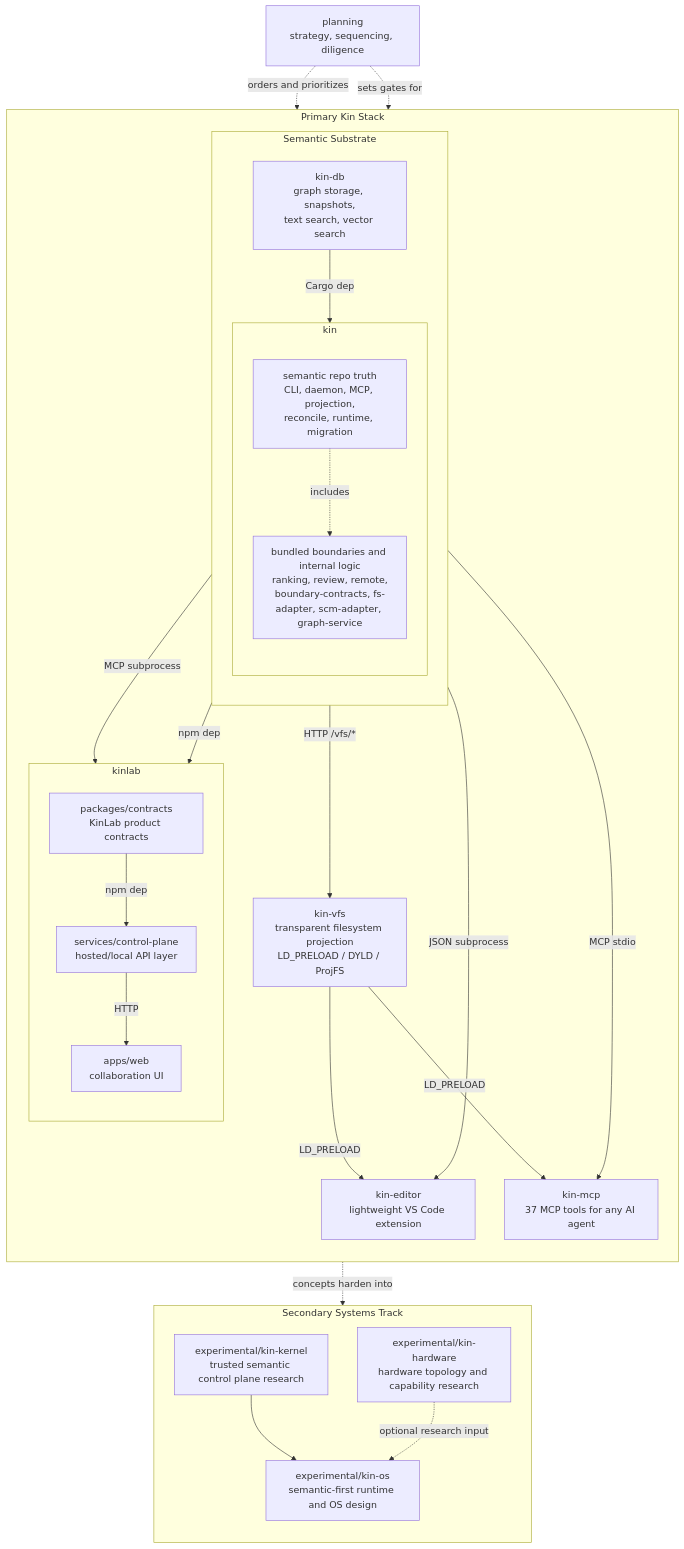
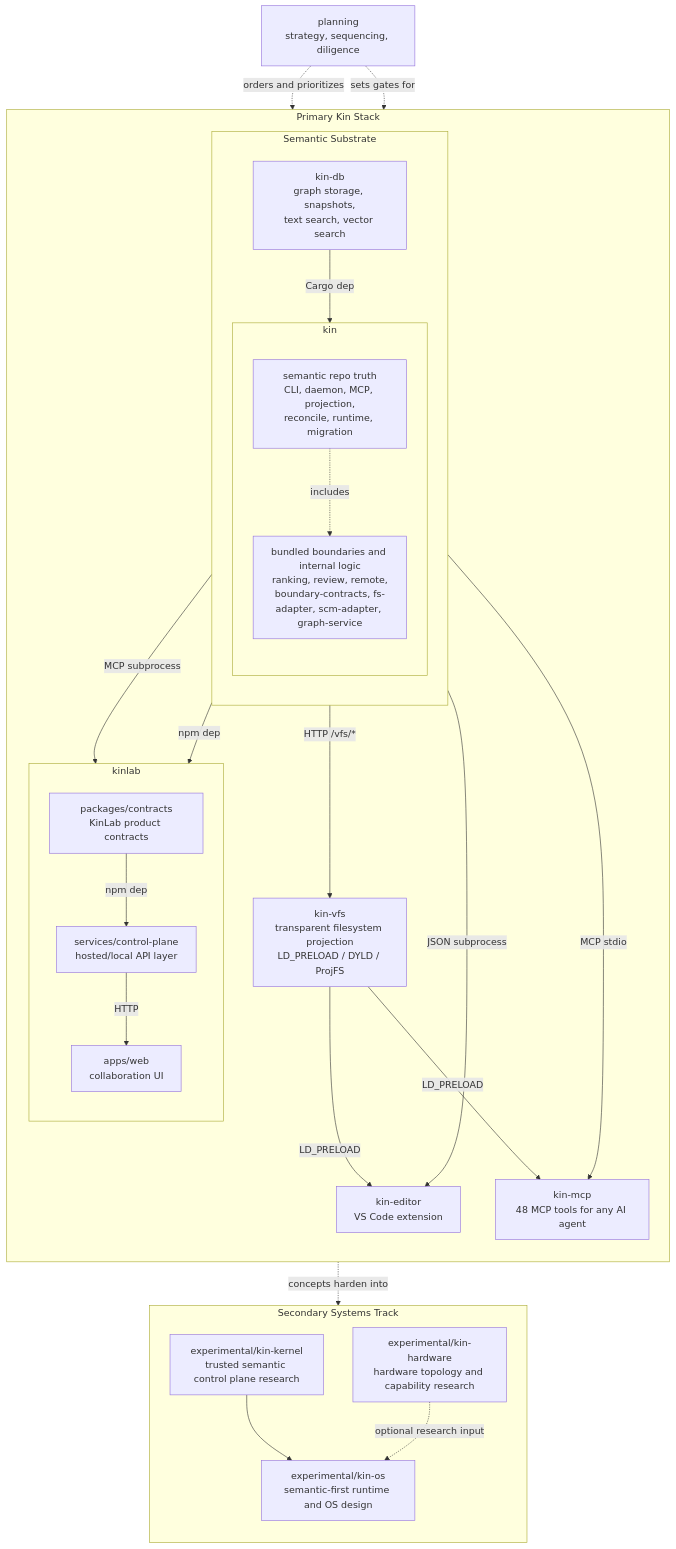
Before and after one commit to firelock-ai/kin: the diagram in docs/ecosystem-source-of-truth.md, drawn with Mermaid. The commit also changed other lines of this file and 4 other files, not shown here.

````diff
--- a/docs/ecosystem-source-of-truth.md
+++ b/docs/ecosystem-source-of-truth.md
@@ -100,55 +100,55 @@
 ```mermaid
 flowchart TB
     KLAB["planning<br/>strategy, sequencing, diligence"]
 
     subgraph PRIMARY["Primary Kin Stack"]
         direction TB
 
         subgraph SUBSTRATE["Semantic Substrate"]
             direction TB
             KDB["kin-db<br/>graph storage, snapshots,<br/>text search, vector search"]
 
             subgraph KIN["kin"]
                 direction TB
                 KINCORE["semantic repo truth<br/>CLI, daemon, MCP, projection,<br/>reconcile, runtime, migration"]
                 KINBUNDLED["bundled boundaries and internal logic<br/>ranking, review, remote,<br/>boundary-contracts, fs-adapter, scm-adapter, graph-service"]
             end
         end
 
         KVFS["kin-vfs<br/>transparent filesystem projection<br/>LD_PRELOAD / DYLD / ProjFS"]
-        KEDITOR["kin-editor<br/>lightweight VS Code extension"]
-        KMCP["kin-mcp<br/>37 MCP tools for any AI agent"]
+        KEDITOR["kin-editor<br/>VS Code extension"]
+        KMCP["kin-mcp<br/>48 MCP tools for any AI agent"]
         subgraph KHUB["kinlab"]
             direction TB
             KHUBCONTRACTS["packages/contracts<br/>KinLab product contracts"]
             KHUBCP["services/control-plane<br/>hosted/local API layer"]
             KHUBWEB["apps/web<br/>collaboration UI"]
         end
     end
 
     subgraph EXP["Secondary Systems Track"]
         direction TB
         KKERNEL["experimental/kin-kernel<br/>trusted semantic control plane research"]
         KOS["experimental/kin-os<br/>semantic-first runtime and OS design"]
         KHARD["experimental/kin-hardware<br/>hardware topology and capability research"]
     end
 
     KDB -->|"Cargo dep"| KINCORE
     KINCORE -. includes .-> KINBUNDLED
     KINCORE -->|"HTTP /vfs/*"| KVFS
     KINCORE -->|"JSON subprocess"| KEDITOR
     KINCORE -->|"MCP stdio"| KMCP
     KINCORE -->|"MCP subprocess"| KHUBCP
     KVFS -->|"LD_PRELOAD"| KEDITOR
     KVFS -->|"LD_PRELOAD"| KMCP
     KINBUNDLED -->|"npm dep"| KHUBCP
     KHUBCONTRACTS -->|"npm dep"| KHUBCP
     KHUBCP -->|"HTTP"| KHUBWEB
 
     KLAB -. orders and prioritizes .-> KINCORE
     KLAB -. sets gates for .-> KHUBCP
 
     KINCORE -. concepts harden into .-> KKERNEL
     KKERNEL --> KOS
     KHARD -. optional research input .-> KOS
 ```
````
